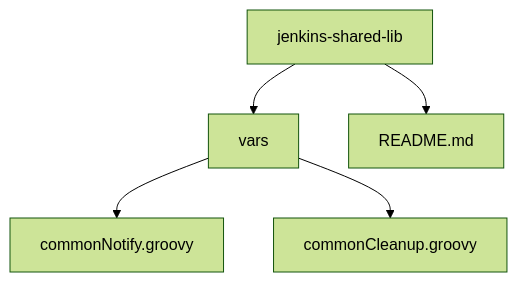
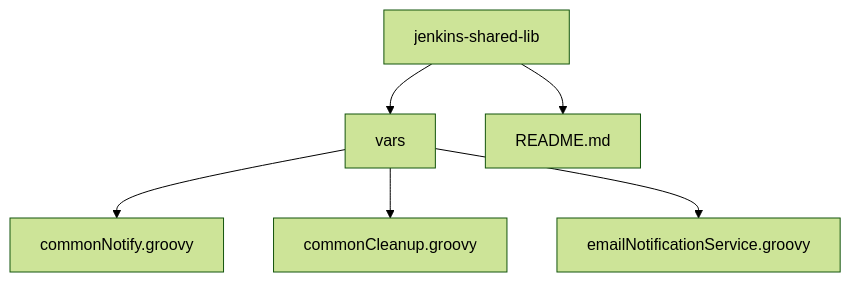
One commit to f3-admins/jenkins-shared-lib changed the diagram in README.md. Above: the diagram before and after it, drawn with Mermaid (forest theme). The commit also changed other lines of this file and 2 other files, not shown here.

First line of the commit message:
Add email notification service for Jenkins pipelines

````diff
--- a/README.md
+++ b/README.md
@@ -9,7 +9,8 @@
 ```mermaid
 graph TD
     A[jenkins-shared-lib] --> B[vars]
     A --> C[README.md]
     B --> B1[commonNotify.groovy]
     B --> B2[commonCleanup.groovy]
+    B --> B3[emailNotificationService.groovy]
 ```
````
